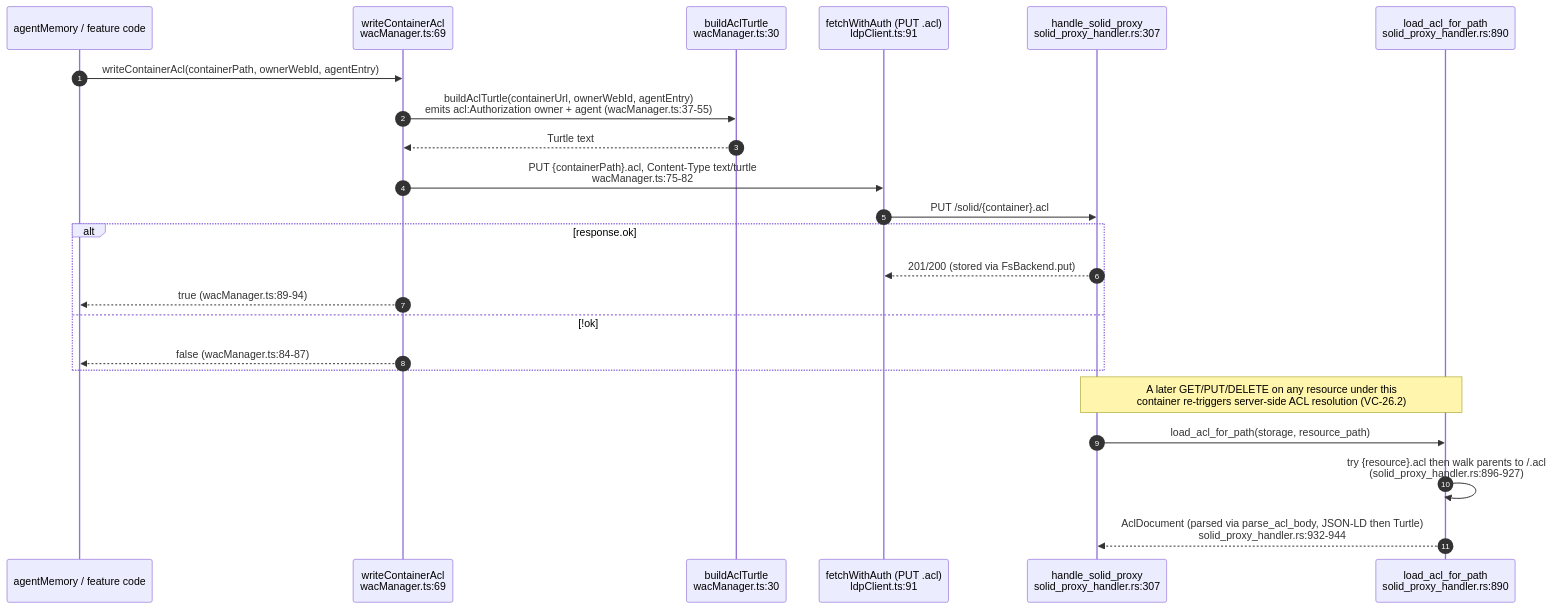
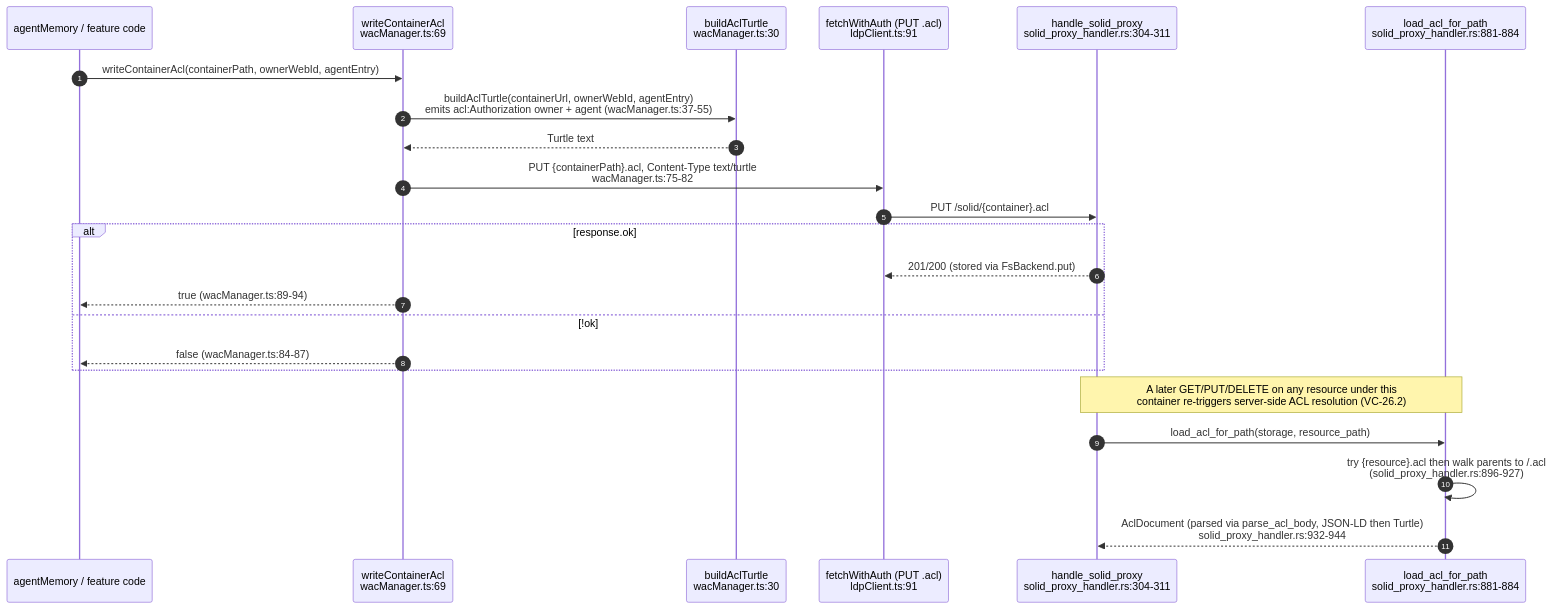
Before and after one commit to DreamLab-AI/AR-AI-Knowledge-Graph: the seventh of 12 diagrams in docs/diagrams/visionclaw/26-solid-pod-and-jss.md, drawn with Mermaid. The commit also changed other lines of this file and 36 other files, not shown here.

````diff
--- a/docs/diagrams/visionclaw/26-solid-pod-and-jss.md
+++ b/docs/diagrams/visionclaw/26-solid-pod-and-jss.md
@@ -307,27 +307,27 @@
 ```mermaid
 sequenceDiagram
     autonumber
     participant Caller as agentMemory / feature code
     participant WAC as writeContainerAcl<br/>wacManager.ts:69
     participant B as buildAclTurtle<br/>wacManager.ts:30
     participant F as fetchWithAuth (PUT .acl)<br/>ldpClient.ts:91
-    participant H as handle_solid_proxy<br/>solid_proxy_handler.rs:307
-    participant R as load_acl_for_path<br/>solid_proxy_handler.rs:890
+    participant H as handle_solid_proxy<br/>solid_proxy_handler.rs:304-311
+    participant R as load_acl_for_path<br/>solid_proxy_handler.rs:881-884
 
     Caller->>WAC: writeContainerAcl(containerPath, ownerWebId, agentEntry)
     WAC->>B: buildAclTurtle(containerUrl, ownerWebId, agentEntry)<br/>emits acl:Authorization owner + agent (wacManager.ts:37-55)
     B-->>WAC: Turtle text
     WAC->>F: PUT {containerPath}.acl, Content-Type text/turtle<br/>wacManager.ts:75-82
     F->>H: PUT /solid/{container}.acl
     alt response.ok
         H-->>F: 201/200 (stored via FsBackend.put)
         WAC-->>Caller: true (wacManager.ts:89-94)
     else !ok
         WAC-->>Caller: false (wacManager.ts:84-87)
     end
 
     Note over H,R: A later GET/PUT/DELETE on any resource under this<br/>container re-triggers server-side ACL resolution (VC-26.2)
     H->>R: load_acl_for_path(storage, resource_path)
     R->>R: try {resource}.acl then walk parents to /.acl<br/>(solid_proxy_handler.rs:896-927)
     R-->>H: AclDocument (parsed via parse_acl_body, JSON-LD then Turtle)<br/>solid_proxy_handler.rs:932-944
 ```
````
